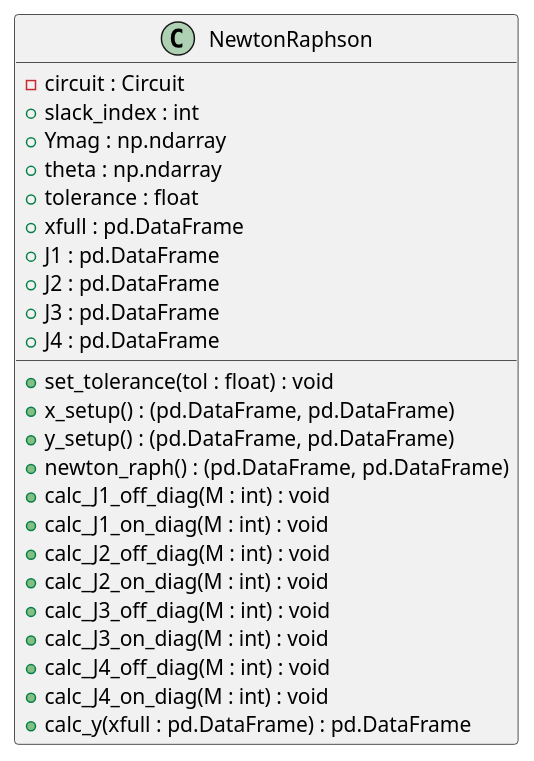
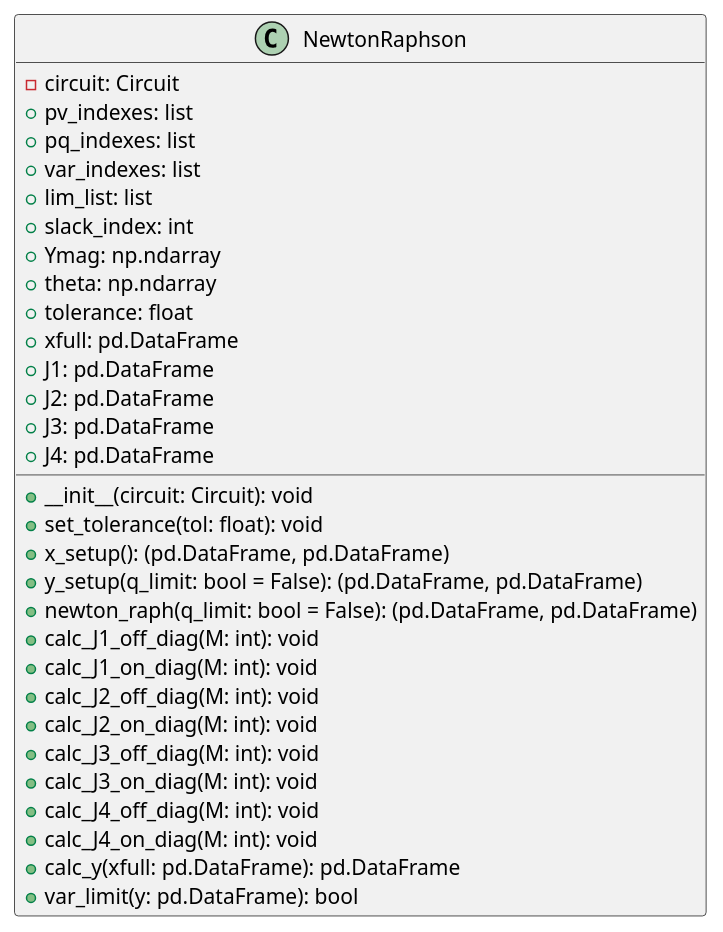
Before and after one commit to JLipnerPitt/ECE2774-ADV-POWER-SYSTEMS-ANALYSIS: diagram 13 of 19 in project2.plantuml, drawn with PlantUML. The commit also changed other lines of this file and 1 other file, not shown here.

Commit message:
Updated plantuml diagrams

```diff
--- a/project2.plantuml
+++ b/project2.plantuml
@@ -224,27 +239,34 @@
 @startuml NewtonRaphson
 class NewtonRaphson {
-    - circuit : Circuit
-    + slack_index : int
-    + Ymag : np.ndarray
-    + theta : np.ndarray
-    + tolerance : float
-    + xfull : pd.DataFrame
-    + J1 : pd.DataFrame
-    + J2 : pd.DataFrame
-    + J3 : pd.DataFrame
-    + J4 : pd.DataFrame
-    + set_tolerance(tol : float) : void
-    + x_setup() : (pd.DataFrame, pd.DataFrame)
-    + y_setup() : (pd.DataFrame, pd.DataFrame)
-    + newton_raph() : (pd.DataFrame, pd.DataFrame)
-    + calc_J1_off_diag(M : int) : void
-    + calc_J1_on_diag(M : int) : void
-    + calc_J2_off_diag(M : int) : void
-    + calc_J2_on_diag(M : int) : void
-    + calc_J3_off_diag(M : int) : void
-    + calc_J3_on_diag(M : int) : void
-    + calc_J4_off_diag(M : int) : void
-    + calc_J4_on_diag(M : int) : void
-    + calc_y(xfull : pd.DataFrame) : pd.DataFrame
+    - circuit: Circuit
+    + pv_indexes: list
+    + pq_indexes: list
+    + var_indexes: list
+    + lim_list: list
+    + slack_index: int
+    + Ymag: np.ndarray
+    + theta: np.ndarray
+    + tolerance: float
+    + xfull: pd.DataFrame
+    + J1: pd.DataFrame
+    + J2: pd.DataFrame
+    + J3: pd.DataFrame
+    + J4: pd.DataFrame
+
+    + __init__(circuit: Circuit): void
+    + set_tolerance(tol: float): void
+    + x_setup(): (pd.DataFrame, pd.DataFrame)
+    + y_setup(q_limit: bool = False): (pd.DataFrame, pd.DataFrame)
+    + newton_raph(q_limit: bool = False): (pd.DataFrame, pd.DataFrame)
+    + calc_J1_off_diag(M: int): void
+    + calc_J1_on_diag(M: int): void
+    + calc_J2_off_diag(M: int): void
+    + calc_J2_on_diag(M: int): void
+    + calc_J3_off_diag(M: int): void
+    + calc_J3_on_diag(M: int): void
+    + calc_J4_off_diag(M: int): void
+    + calc_J4_on_diag(M: int): void
+    + calc_y(xfull: pd.DataFrame): pd.DataFrame
+    + var_limit(y: pd.DataFrame): bool
 }
 @enduml
```
